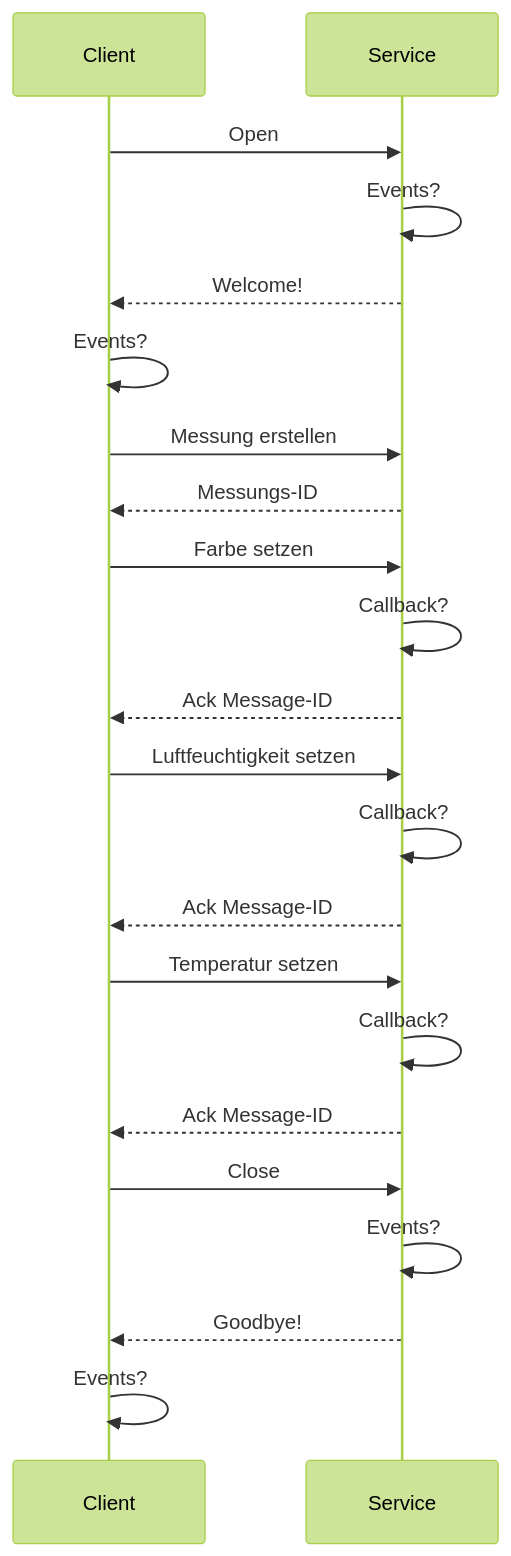
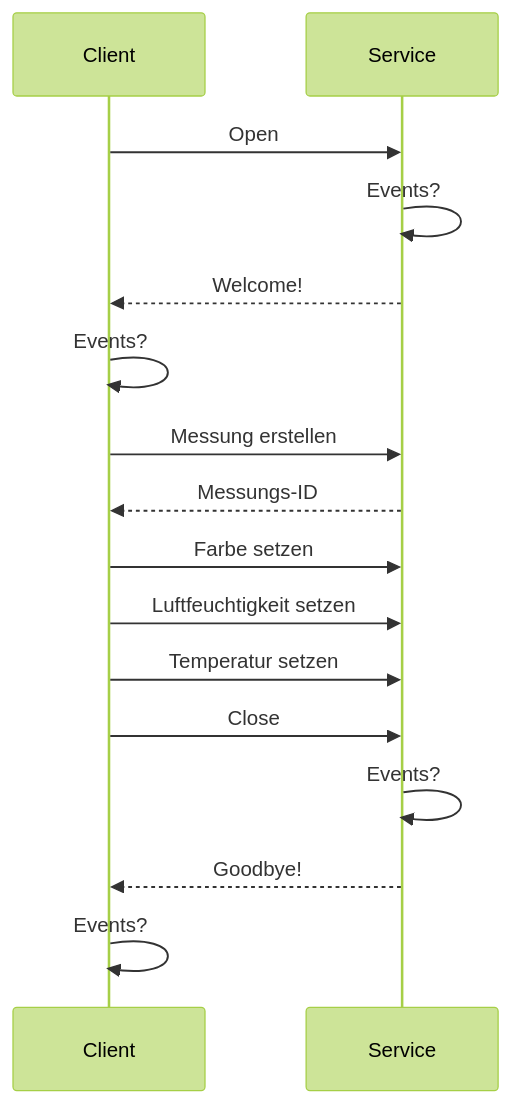
Before and after one commit to RGBRobo/Docs: the diagram in Writerside/topics/API.md, drawn with Mermaid (forest theme). The commit also changed 1 other file, not shown here.

````diff
--- a/Writerside/topics/API.md
+++ b/Writerside/topics/API.md
@@ -6,22 +6,16 @@
 ```mermaid
 sequenceDiagram
     Client->>Service: Open
     Service->>Service: Events?
     Service-->>Client: Welcome!
     Client->>Client: Events?
     Client->>Service: Messung erstellen
     Service-->>Client: Messungs-ID
     Client->>Service: Farbe setzen
-    Service->>Service: Callback?
-    Service-->>Client: Ack Message-ID
     Client->>Service: Luftfeuchtigkeit setzen
-    Service->>Service: Callback?
-    Service-->>Client: Ack Message-ID
     Client->>Service: Temperatur setzen
-    Service->>Service: Callback?
-    Service-->>Client: Ack Message-ID
     Client->>Service: Close
     Service->>Service: Events?
     Service-->>Client: Goodbye!
     Client->>Client: Events?
 ```
````
